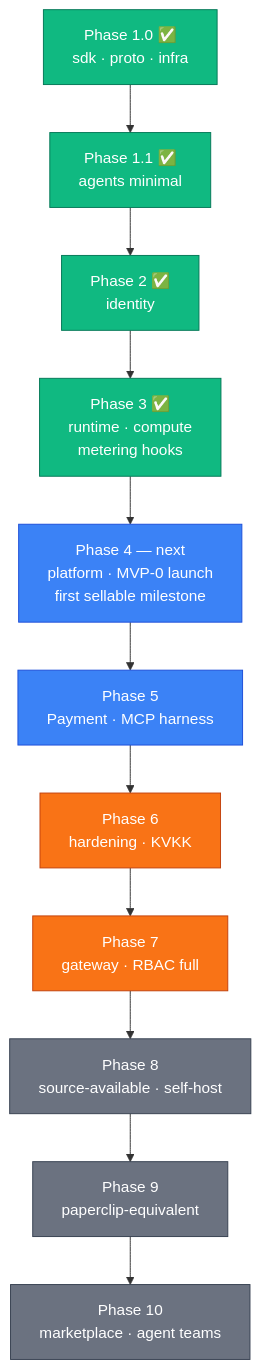
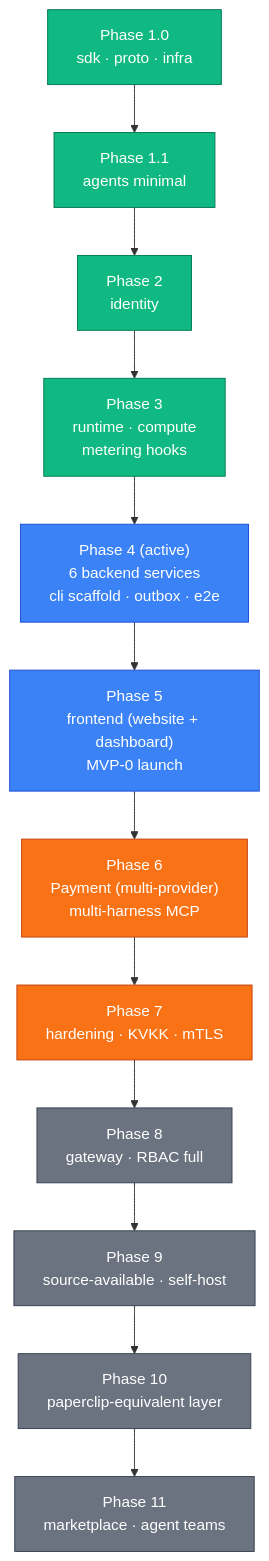
Before and after one commit to paper-board/.github: the second of 2 diagrams in docs/src/content/docs/architecture/system-overview.md, drawn with Mermaid. The commit also changed other lines of this file and 9 other files, not shown here.

````diff
--- a/docs/src/content/docs/architecture/system-overview.md
+++ b/docs/src/content/docs/architecture/system-overview.md
@@ -162,27 +227,28 @@
 ```mermaid
 flowchart TD
-  p10["Phase 1.0 ✅\nsdk · proto · infra"]
-  p11["Phase 1.1 ✅\nagents minimal"]
-  p2["Phase 2 ✅\nidentity"]
-  p3["Phase 3 ✅\nruntime · compute\nmetering hooks"]
-  p4["Phase 4 — next\nplatform · MVP-0 launch\nfirst sellable milestone"]
-  p5["Phase 5\nPayment · MCP harness"]
-  p6["Phase 6\nhardening · KVKK"]
-  p7["Phase 7\ngateway · RBAC full"]
-  p8["Phase 8\nsource-available · self-host"]
-  p9["Phase 9\npaperclip-equivalent"]
-  p10_f["Phase 10\nmarketplace · agent teams"]
+  p10["Phase 1.0<br/>sdk · proto · infra"]
+  p11["Phase 1.1<br/>agents minimal"]
+  p2["Phase 2<br/>identity"]
+  p3["Phase 3<br/>runtime · compute<br/>metering hooks"]
+  p4["Phase 4 (active)<br/>6 backend services<br/>cli scaffold · outbox · e2e"]
+  p5["Phase 5<br/>frontend (website + dashboard)<br/>MVP-0 launch"]
+  p6["Phase 6<br/>Payment (multi-provider)<br/>multi-harness MCP"]
+  p7["Phase 7<br/>hardening · KVKK · mTLS"]
+  p8["Phase 8<br/>gateway · RBAC full"]
+  p9["Phase 9<br/>source-available · self-host"]
+  p10x["Phase 10<br/>paperclip-equivalent layer"]
+  p11x["Phase 11<br/>marketplace · agent teams"]
 
-  p10 --> p11 --> p2 --> p3 --> p4 --> p5 --> p6 --> p7 --> p8 --> p9 --> p10_f
+  p10 --> p11 --> p2 --> p3 --> p4 --> p5 --> p6 --> p7 --> p8 --> p9 --> p10x --> p11x
 
   classDef controlPlane fill:#10b981,stroke:#047857,color:#fff
   classDef dataPlane fill:#3b82f6,stroke:#1d4ed8,color:#fff
   classDef sandbox fill:#f97316,stroke:#c2410c,color:#fff
   classDef external fill:#ef4444,stroke:#b91c1c,color:#fff
   classDef persistence fill:#6b7280,stroke:#374151,color:#fff
 
   class p10,p11,p2,p3 controlPlane
   class p4,p5 dataPlane
   class p6,p7 sandbox
-  class p8,p9,p10_f persistence
+  class p8,p9,p10x,p11x persistence
 ```
````
